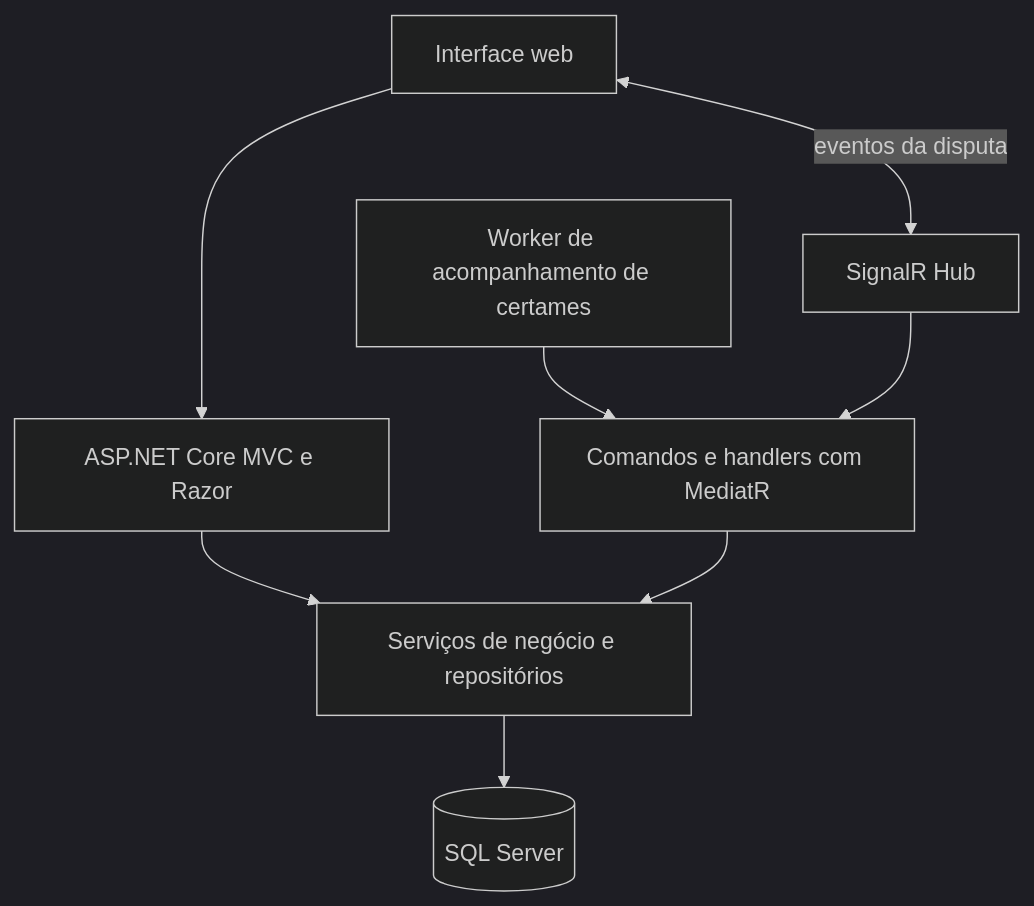
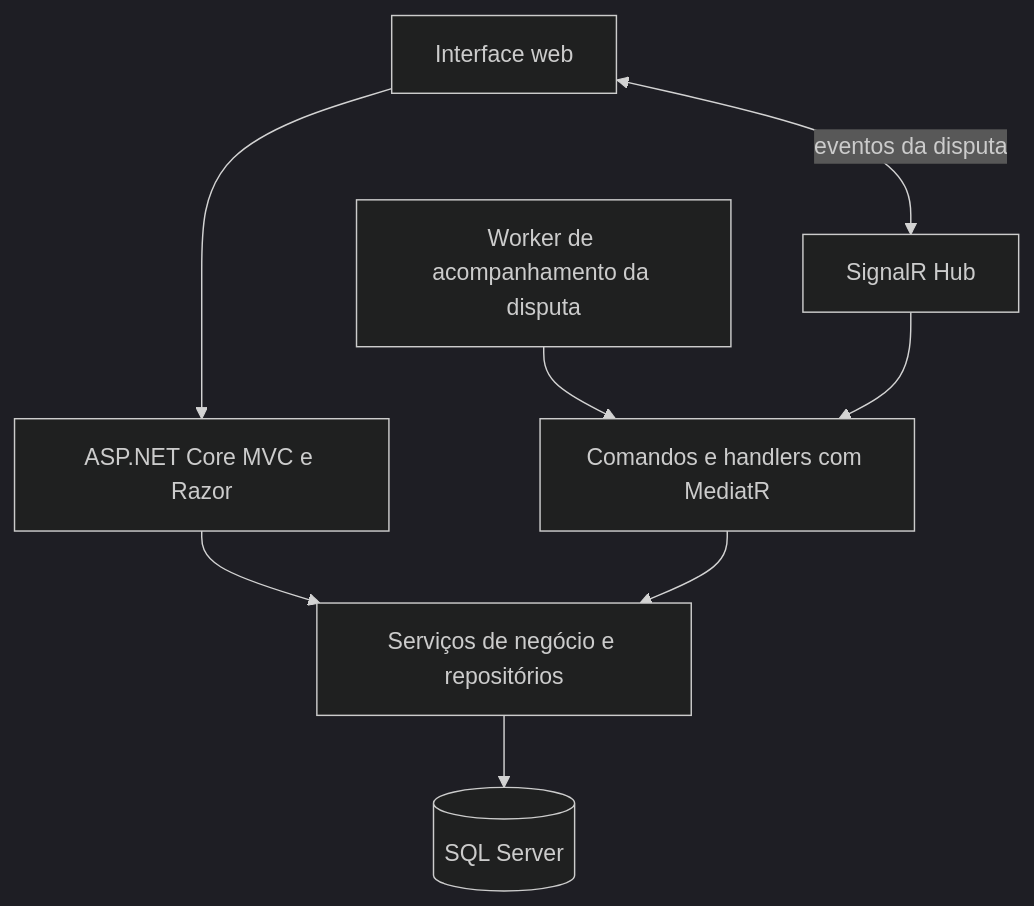
One commit to LeandroAValle/public-procurement-portal-demo changed the second of 2 diagrams in README.md. Above: the diagram before and after it, drawn with Mermaid (dark theme). The commit also changed other lines of this file and 5 other files, not shown here.

````diff
--- a/README.md
+++ b/README.md
@@ -39,18 +34,18 @@
 ```mermaid
 flowchart TB
     Browser[Interface web]
     MVC[ASP.NET Core MVC e Razor]
     Services[Serviços de negócio e repositórios]
     SQL[(SQL Server)]
     Hub[SignalR Hub]
-    Worker[Worker de acompanhamento de certames]
+    Worker[Worker de acompanhamento da disputa]
     Commands[Comandos e handlers com MediatR]
 
     Browser --> MVC
     MVC --> Services
     Services --> SQL
     Browser <-->|eventos da disputa| Hub
     Worker --> Commands
     Hub --> Commands
     Commands --> Services
 ```
````
